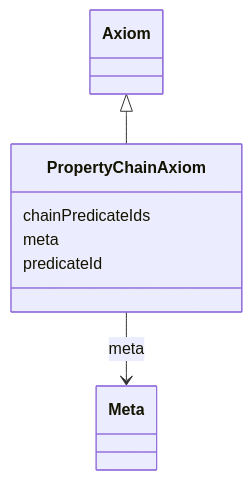
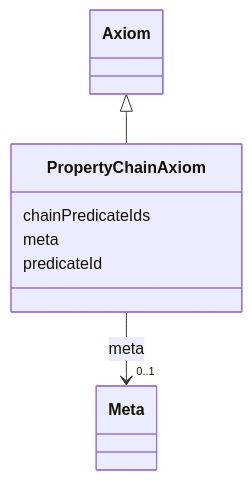
Before and after one commit to INCATools/ontology-access-kit: the diagram in obograph/PropertyChainAxiom.md, drawn with Mermaid. The commit also changed other lines of this file and 3329 other files, not shown here.

````diff
--- a/obograph/PropertyChainAxiom.md
+++ b/obograph/PropertyChainAxiom.md
@@ -17,15 +19,22 @@
 ```{mermaid}
  classDiagram
     class PropertyChainAxiom
+    click PropertyChainAxiom href "../PropertyChainAxiom"
       Axiom <|-- PropertyChainAxiom
+        click Axiom href "../Axiom"
       
       PropertyChainAxiom : chainPredicateIds
         
       PropertyChainAxiom : meta
         
-          PropertyChainAxiom --> Meta : meta
+          
+    
+    
+    PropertyChainAxiom --> "0..1" Meta : meta
+    click Meta href "../Meta"
+
         
       PropertyChainAxiom : predicateId
         
       
 ```
````
